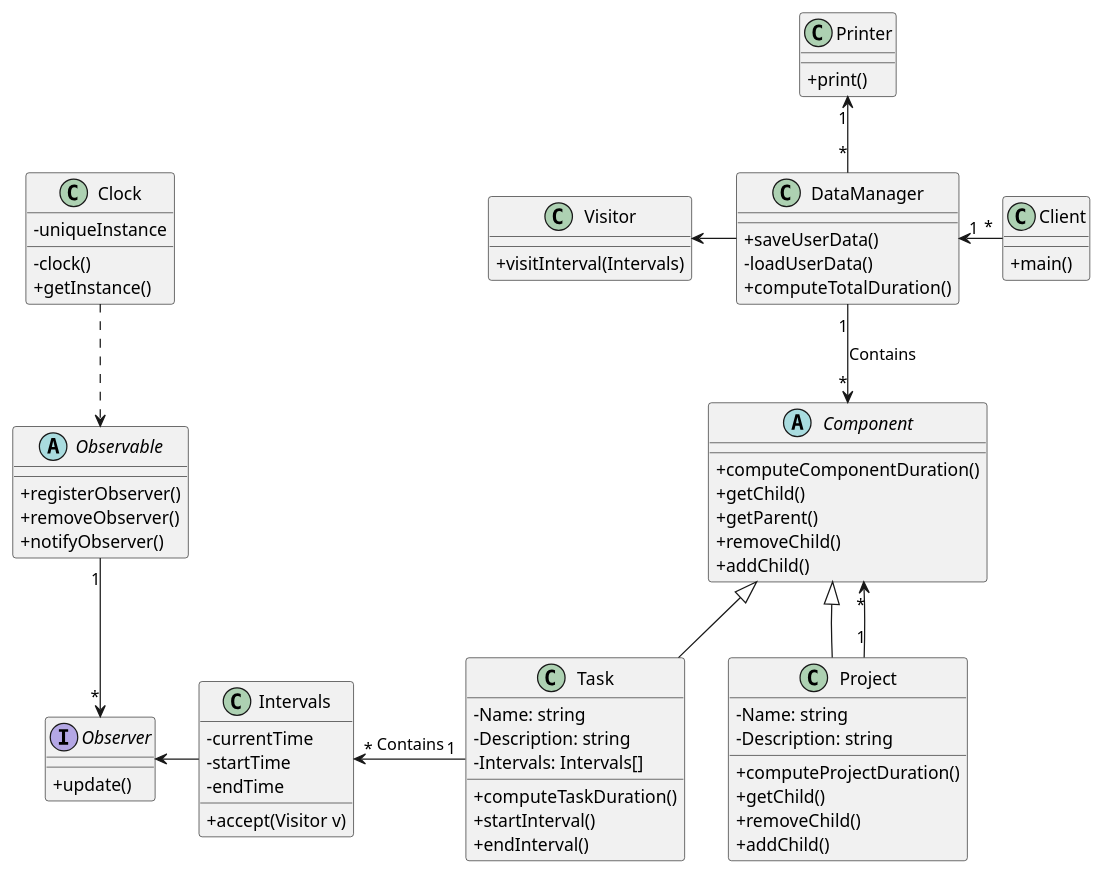
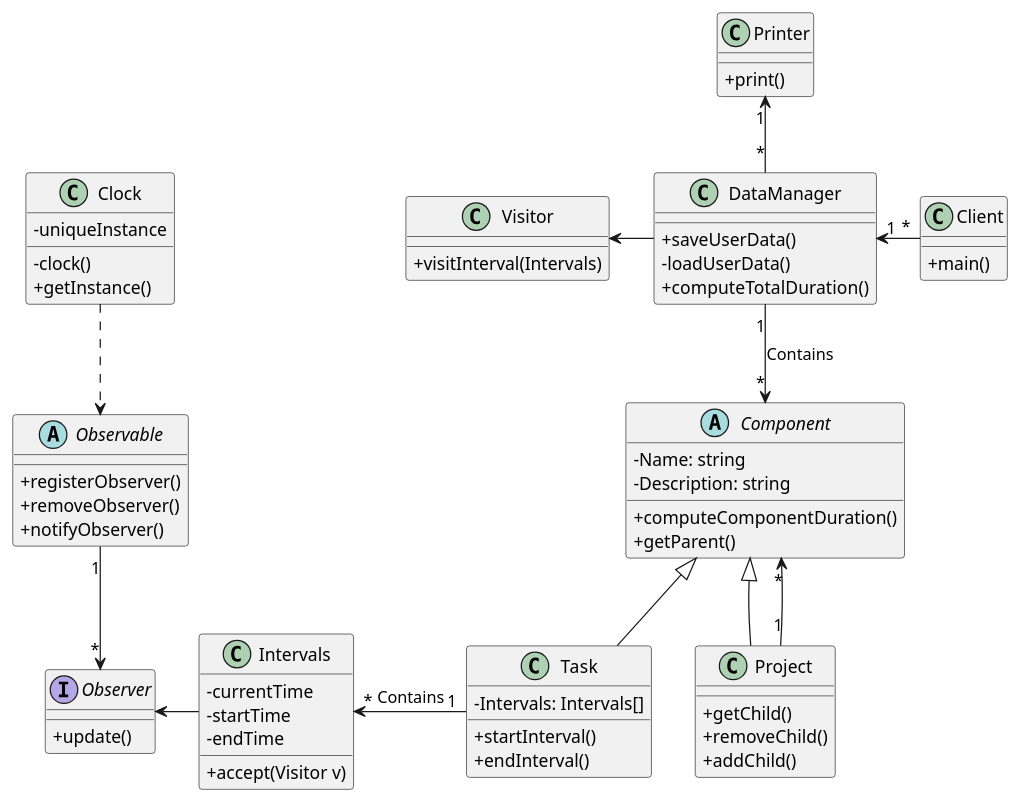
One commit to quimcamprubi/DS_Time_Tracker changed the diagram in Time_Tracker/DSTimeTracker.puml. Above: the diagram before and after it, drawn with PlantUML.

Commit message:
changes design

```diff
--- a/Time_Tracker/DSTimeTracker.puml
+++ b/Time_Tracker/DSTimeTracker.puml
@@ -1,84 +1,79 @@
 @startuml 
 
 skinparam classAttributeIconSize 0
 skinparam linetype polyline
 
 abstract class Component {
+- Name: string
+- Description: string
 + computeComponentDuration()
++ getParent()
+}
+
+class Project extends Component {
 + getChild()
-+ getParent()
 + removeChild()
 + addChild()
 }
 
-class Project extends Component {
-- Name: string
-- Description: string
-+ computeProjectDuration()
-+ getChild()
-+ removeChild()
-+ addChild()
+
+class Task extends Component {
+- Intervals: Intervals[]
++ startInterval()
++ endInterval()
 }
 
 class Visitor{
 + visitInterval(Intervals)
 }
 
-class Task extends Component {
-- Name: string
-- Description: string
-- Intervals: Intervals[]
-+ computeTaskDuration()
-+ startInterval()
-+ endInterval()
-}
 
 class Intervals {
 - currentTime
 - startTime
 - endTime
 + accept(Visitor v)
 }
 
 Interface Observer{
 + update()
 }
 
 abstract class Observable {
 + registerObserver()
 + removeObserver()
 + notifyObserver()
 }
 
 class Clock {
 - uniqueInstance
 - clock()
 + getInstance()
 }
 
 class Client{
 + main()
 }
 
 class DataManager{  
 + saveUserData()
 - loadUserData()
 + computeTotalDuration()
 }
 
 Class Printer{
 + print()
 }
 
 Visitor <-right- DataManager
 DataManager "1" -down-> "*" Component: Contains
 Project "1" --> "*" Component
 Client "*" -left-> "1" DataManager
 Task "1" -left-> "*" Intervals:Contains
 Clock .down.> Observable
 Observable "1" -Down-> "*" Observer
 Intervals -left-> Observer
 DataManager "*" -up-> "1" Printer
 Task -[hidden]right-> Project
 
 @enduml
```
